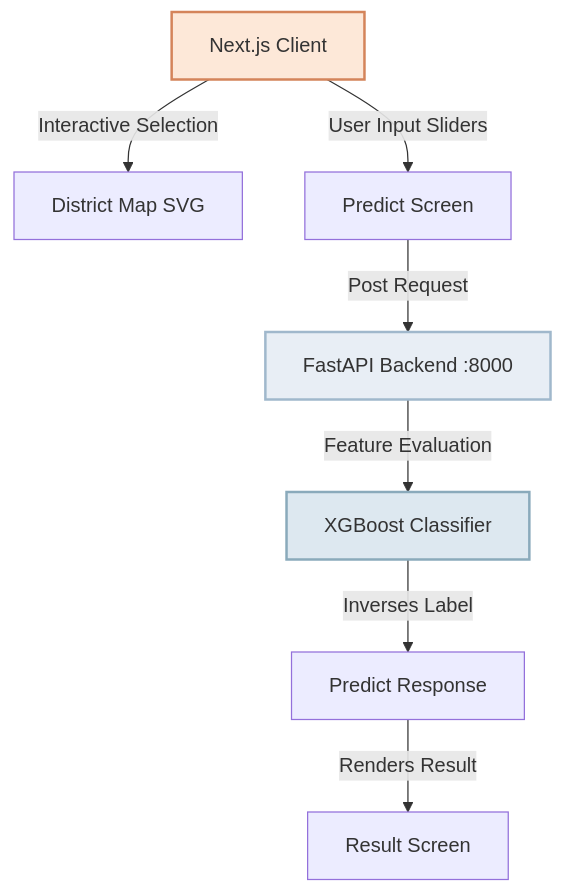
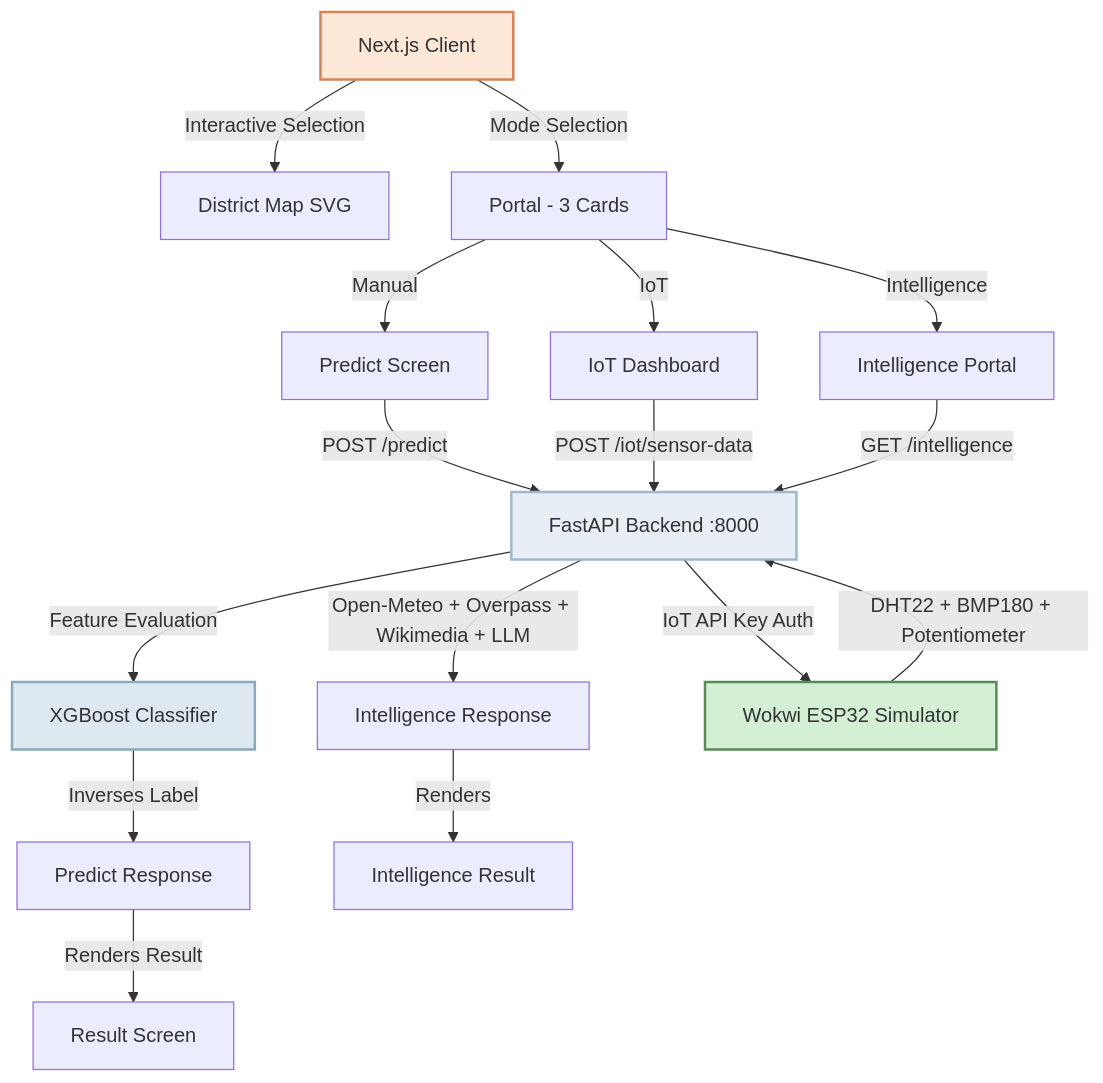
One commit to Charan-516/karnataka-weather changed the diagram in updated.md. Above: the diagram before and after it, drawn with Mermaid. The commit also changed other lines of this file and 72 other files, not shown here.

````diff
--- a/updated.md
+++ b/updated.md
@@ -83,13 +186,23 @@
 ```mermaid
 graph TD
     A[Next.js Client] -->|Interactive Selection| B[District Map SVG]
-    A -->|User Input Sliders| C[Predict Screen]
-    C -->|Post Request| D[FastAPI Backend :8000]
-    D -->|Feature Evaluation| E[XGBoost Classifier]
-    E -->|Inverses Label| F[Predict Response]
-    F -->|Renders Result| G[Result Screen]
+    A -->|Mode Selection| C[Portal - 3 Cards]
+    C -->|Manual| D[Predict Screen]
+    C -->|IoT| E[IoT Dashboard]
+    C -->|Intelligence| F[Intelligence Portal]
+    D -->|POST /predict| G[FastAPI Backend :8000]
+    E -->|POST /iot/sensor-data| G
+    F -->|GET /intelligence| G
+    G -->|Feature Evaluation| H[XGBoost Classifier]
+    H -->|Inverses Label| I[Predict Response]
+    I -->|Renders Result| J[Result Screen]
+    G -->|Open-Meteo + Overpass + Wikimedia + LLM| K[Intelligence Response]
+    K -->|Renders| L[Intelligence Result]
+    G -->|IoT API Key Auth| M[Wokwi ESP32 Simulator]
+    M -->|DHT22 + BMP180 + Potentiometer| G
     
     style A fill:#fde8d8,stroke:#d4845a,stroke-width:2px
-    style D fill:#e8eef5,stroke:#a0b8cc,stroke-width:2px
-    style E fill:#dde8f0,stroke:#8aaabb,stroke-width:2px
+    style G fill:#e8eef5,stroke:#a0b8cc,stroke-width:2px
+    style H fill:#dde8f0,stroke:#8aaabb,stroke-width:2px
+    style M fill:#d4f0d4,stroke:#5a8a5a,stroke-width:2px
 ```
````
